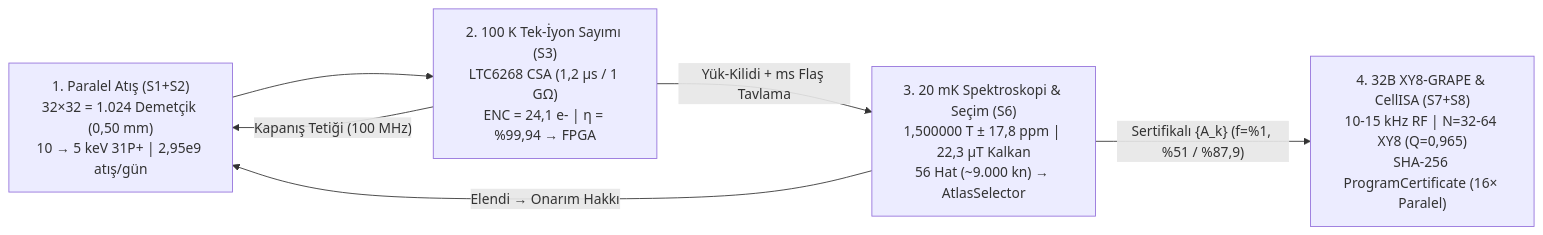
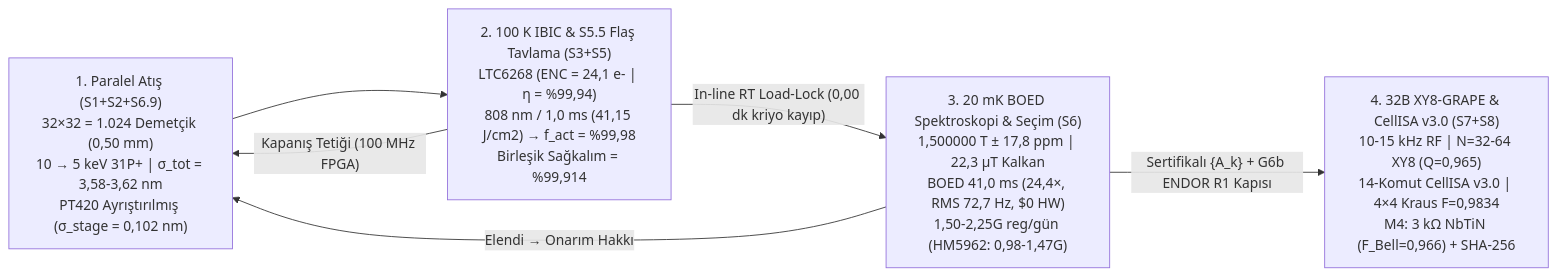
The first of 3 diagrams in README.md (berkmec/Atom-Lithography), drawn with Mermaid before and after one commit. The commit also changed other lines of this file and 143 other files, not shown here.

Commit message:
Atom Lithography Machine v4.0: VOKL-6 (Exp129), ms flash anneal (Exp130), M4 cQED bus (Exp131), BOED + CellISA v3.0 (Exp132), PT420 active vibration (Exp133), Fab TCO (Exp134), Digital Twin (Exp135), CAD/BOM v4.0

````diff
--- a/README.md
+++ b/README.md
@@ -42,8 +43,8 @@
 ```mermaid
 flowchart LR
-    A["1. Paralel Atış (S1+S2)<br/>32×32 = 1.024 Demetçik (0,50 mm)<br/>10 → 5 keV 31P+ | 2,95e9 atış/gün"] --> B["2. 100 K Tek-İyon Sayımı (S3)<br/>LTC6268 CSA (1,2 µs / 1 GΩ)<br/>ENC = 24,1 e- | η = %99,94 → FPGA"]
-    B -->|"Kapanış Tetiği (100 MHz)"| A
-    B -->|"Yük-Kilidi + ms Flaş Tavlama"| C["3. 20 mK Spektroskopi & Seçim (S6)<br/>1,500000 T ± 17,8 ppm | 22,3 µT Kalkan<br/>56 Hat (~9.000 kn) → AtlasSelector"]
-    C -->|"Sertifikalı {A_k} (f=%1, %51 / %87,9)"| D["4. 32B XY8-GRAPE & CellISA (S7+S8)<br/>10-15 kHz RF | N=32-64 XY8 (Q=0,965)<br/>SHA-256 ProgramCertificate (16× Paralel)"]
+    A["1. Paralel Atış (S1+S2+S6.9)<br/>32×32 = 1.024 Demetçik (0,50 mm)<br/>10 → 5 keV 31P+ | σ_tot = 3,58-3,62 nm<br/>PT420 Ayrıştırılmış (σ_stage = 0,102 nm)"] --> B["2. 100 K IBIC & S5.5 Flaş Tavlama (S3+S5)<br/>LTC6268 (ENC = 24,1 e- | η = %99,94)<br/>808 nm / 1,0 ms (41,15 J/cm2) → f_act = %99,98<br/>Birleşik Sağkalım = %99,914"]
+    B -->|"Kapanış Tetiği (100 MHz FPGA)"| A
+    B -->|"In-line RT Load-Lock (0,00 dk kriyo kayıp)"| C["3. 20 mK BOED Spektroskopi & Seçim (S6)<br/>1,500000 T ± 17,8 ppm | 22,3 µT Kalkan<br/>BOED 41,0 ms (24,4×, RMS 72,7 Hz, $0 HW)<br/>1,50-2,25G reg/gün (HM5962: 0,98-1,47G)"]
+    C -->|"Sertifikalı {A_k} + G6b ENDOR R1 Kapısı"| D["4. 32B XY8-GRAPE & CellISA v3.0 (S7+S8)<br/>10-15 kHz RF | N=32-64 XY8 (Q=0,965)<br/>14-Komut CellISA v3.0 | 4×4 Kraus F=0,9834<br/>M4: 3 kΩ NbTiN (F_Bell=0,966) + SHA-256"]
     C -->|"Elendi → Onarım Hakkı"| A
 ```
````
